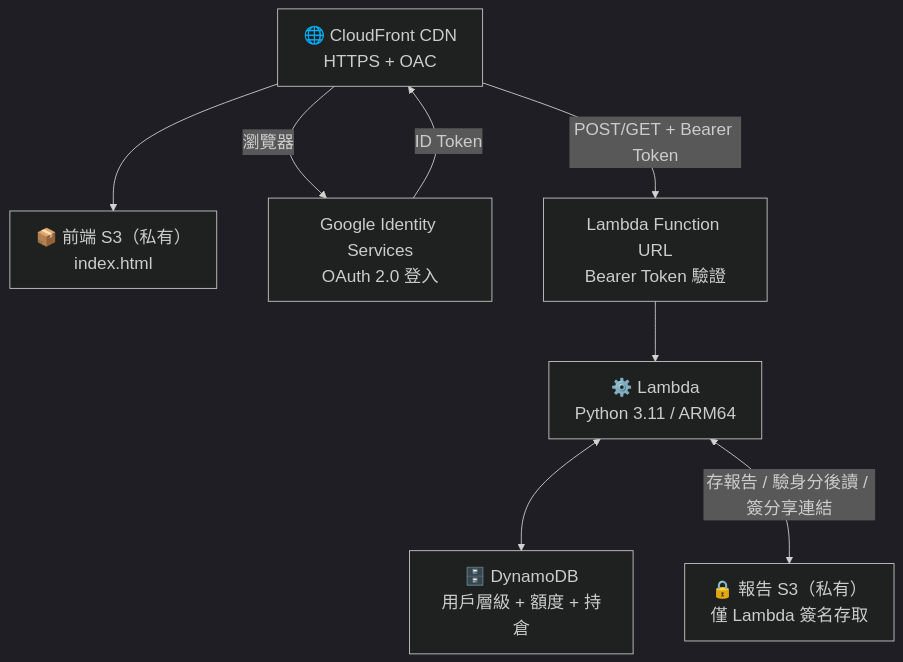
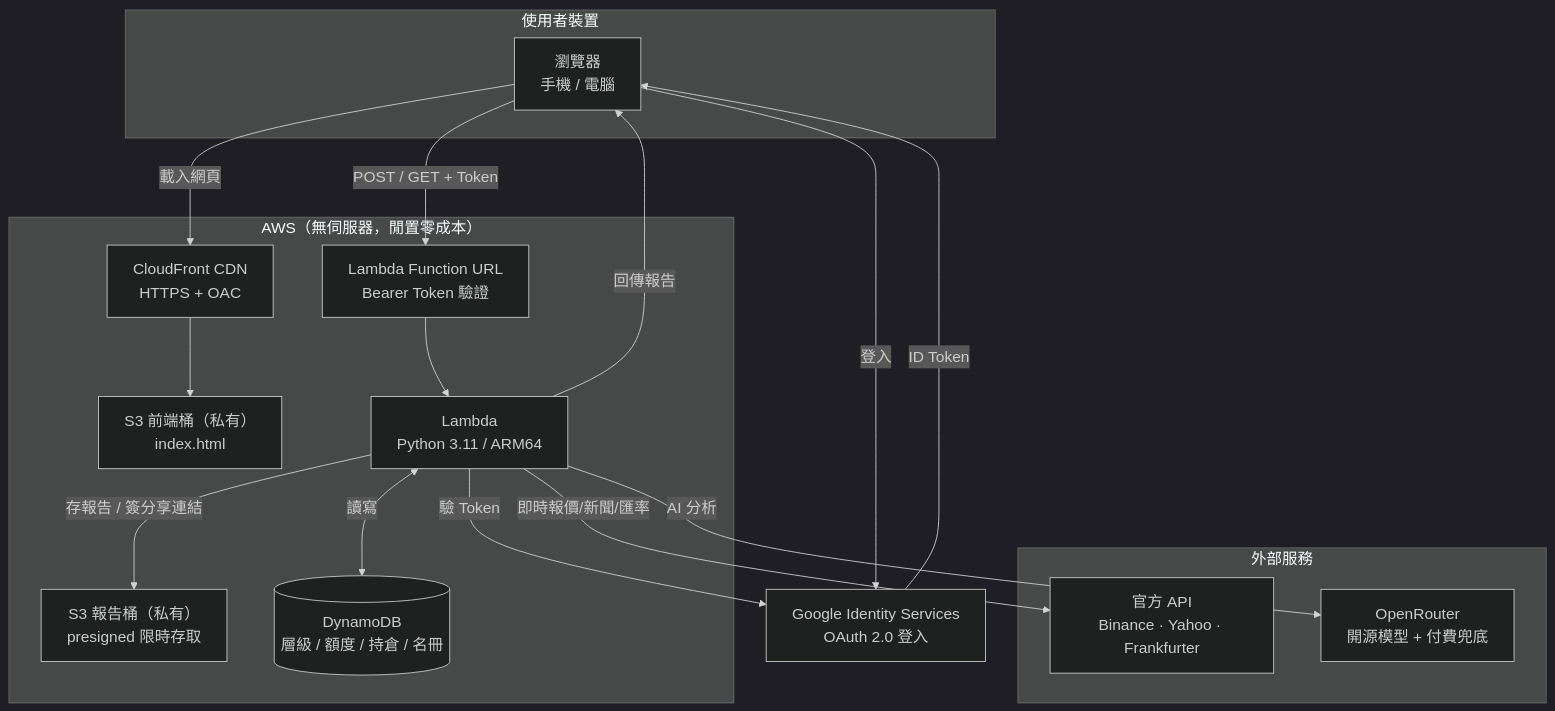
Before and after one commit to burma2005/asset-report-bot: the first of 2 diagrams in README.md, drawn with Mermaid. The commit also changed other lines of this file, not shown here.

Commit message:
docs: 更新 README 系統架構圖（單張清晰版，含外部服務）

````diff
--- a/README.md
+++ b/README.md
@@ -25,17 +25,34 @@
 ```mermaid
-%%{init: {'theme':'dark', 'themeVariables': {'fontSize':'20px'}, 'flowchart': {'nodeSpacing': 60, 'rankSpacing': 70}}}%%
+%%{init: {'theme':'dark', 'themeVariables': {'fontSize':'18px'}, 'flowchart': {'nodeSpacing': 55, 'rankSpacing': 65}}}%%
 flowchart TB
-    CF["🌐 CloudFront CDN<br/>HTTPS + OAC"]
-    S3F["📦 前端 S3（私有）<br/>index.html"]
-    S3R["🔒 報告 S3（私有）<br/>僅 Lambda 簽名存取"]
-    GIS["Google Identity Services<br/>OAuth 2.0 登入"]
-    FURL["Lambda Function URL<br/>Bearer Token 驗證"]
-    LB["⚙️ Lambda<br/>Python 3.11 / ARM64"]
-    DB["🗄️ DynamoDB<br/>用戶層級 + 額度 + 持倉"]
+    subgraph Client["使用者裝置"]
+        U["瀏覽器<br/>手機 / 電腦"]
+    end
 
-    CF --> S3F
-    CF -->|"瀏覽器"| GIS -->|"ID Token"| CF
-    CF -->|"POST/GET + Bearer Token"| FURL --> LB
-    LB <--> DB
-    LB <-->|"存報告 / 驗身分後讀 / 簽分享連結"| S3R
+    G["Google Identity Services<br/>OAuth 2.0 登入"]
+
+    subgraph AWS["AWS（無伺服器，閒置零成本）"]
+        CF["CloudFront CDN<br/>HTTPS + OAC"]
+        S3F["S3 前端桶（私有）<br/>index.html"]
+        S3R["S3 報告桶（私有）<br/>presigned 限時存取"]
+        FURL["Lambda Function URL<br/>Bearer Token 驗證"]
+        LB["Lambda<br/>Python 3.11 / ARM64"]
+        DB[("DynamoDB<br/>層級 / 額度 / 持倉 / 名冊")]
+    end
+
+    subgraph Ext["外部服務"]
+        API["官方 API<br/>Binance · Yahoo · Frankfurter"]
+        AI["OpenRouter<br/>開源模型 + 付費兜底"]
+    end
+
+    U -->|"載入網頁"| CF --> S3F
+    U -->|"登入"| G
+    G -->|"ID Token"| U
+    U -->|"POST / GET + Token"| FURL --> LB
+    LB -->|"驗 Token"| G
+    LB <-->|"讀寫"| DB
+    LB -->|"即時報價/新聞/匯率"| API
+    LB -->|"AI 分析"| AI
+    LB -->|"存報告 / 簽分享連結"| S3R
+    LB -->|"回傳報告"| U
 ```
````
